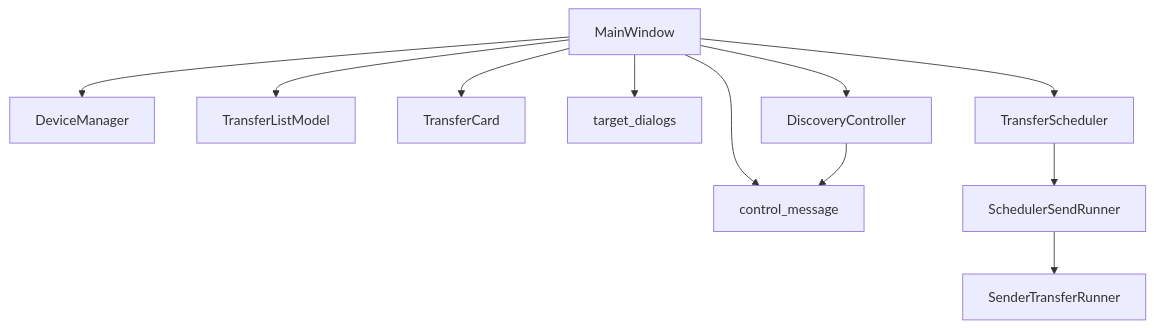
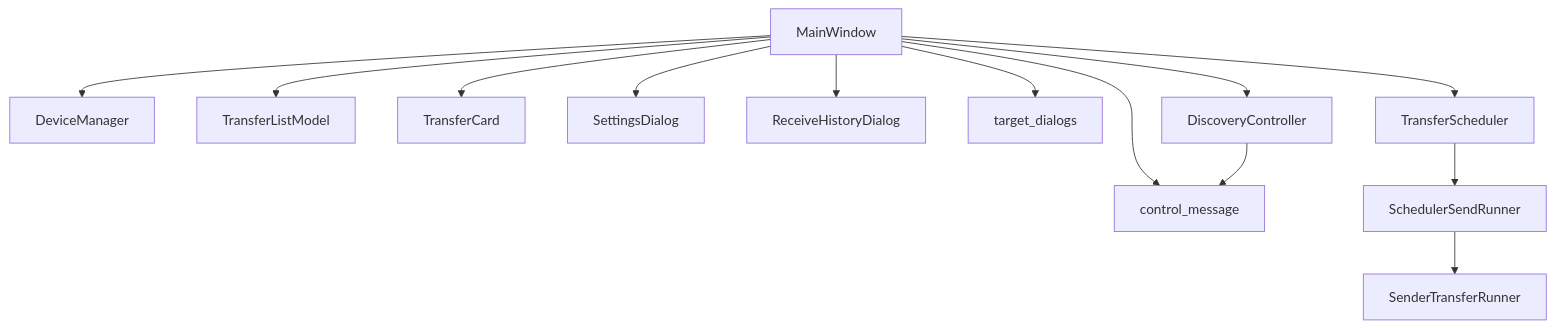
Before and after one commit to dengzhongyuan365-dev/filetransfer: diagram 19 of 20 in docs/development-log.zh_CN.md, drawn with Mermaid. The commit also changed other lines of this file and 9 other files, not shown here.

Commit message:
refactor: extract settings and history dialogs

````diff
--- a/docs/development-log.zh_CN.md
+++ b/docs/development-log.zh_CN.md
@@ -1144,13 +1144,15 @@
 ```mermaid
 graph TD
     A["MainWindow"] --> B["DeviceManager"]
     A --> C["TransferListModel"]
     A --> J["TransferCard"]
+    A --> K["SettingsDialog"]
+    A --> L["ReceiveHistoryDialog"]
     A --> D["target_dialogs"]
     A --> E["control_message"]
     A --> I["DiscoveryController"]
     I --> E
     A --> F["TransferScheduler"]
     F --> G["SchedulerSendRunner"]
     G --> H["SenderTransferRunner"]
 ```
````
